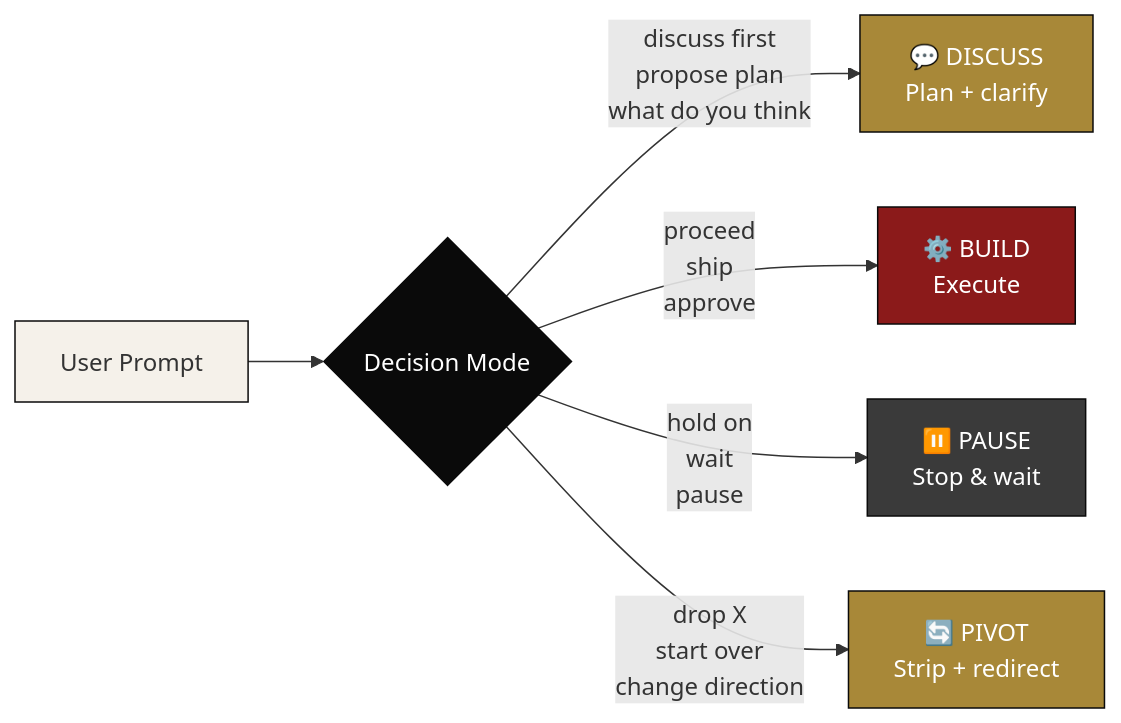
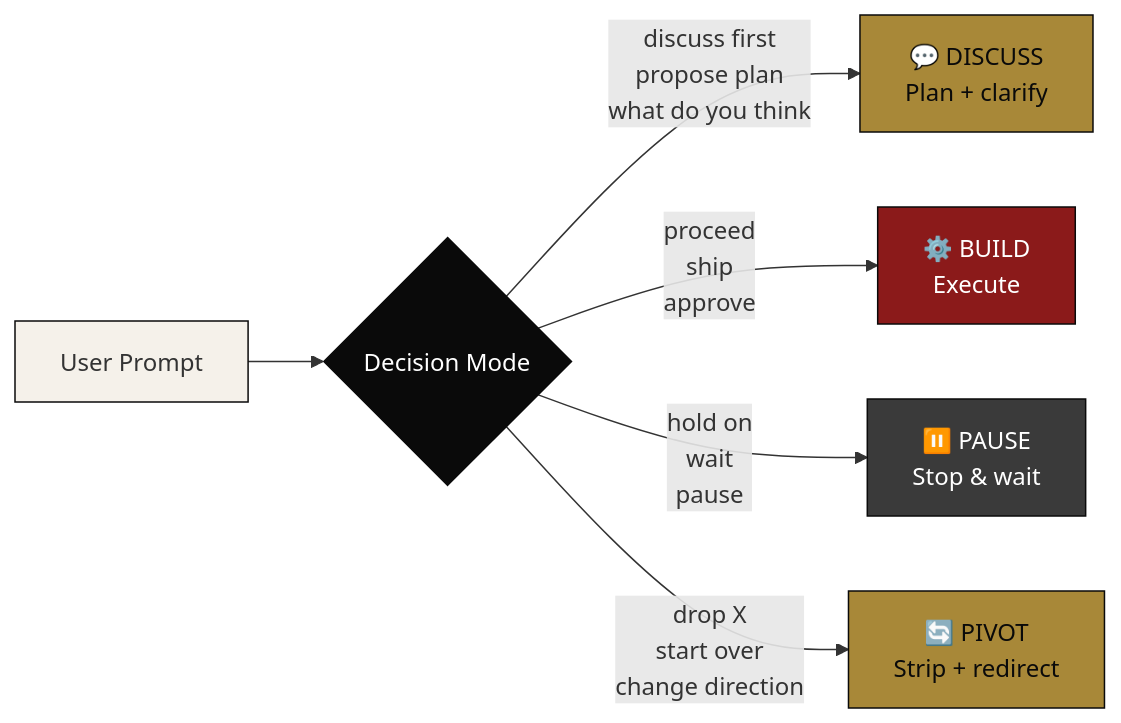
Before and after one commit to Ijam18/MAJI-Skills: the fourth of 6 diagrams in README.md, drawn with Mermaid. The commit also changed other lines of this file, not shown here.

````diff
--- a/README.md
+++ b/README.md
@@ -402,15 +402,15 @@
 ```mermaid
 flowchart LR
     P[User Prompt] --> M{Decision Mode}
     M -->|"discuss first<br/>propose plan<br/>what do you think"| D[💬 DISCUSS<br/>Plan + clarify]
     M -->|"proceed<br/>ship<br/>approve"| B[⚙️ BUILD<br/>Execute]
     M -->|"hold on<br/>wait<br/>pause"| P2[⏸️ PAUSE<br/>Stop & wait]
     M -->|"drop X<br/>start over<br/>change direction"| PV[🔄 PIVOT<br/>Strip + redirect]
 
     style P fill:#F5F1EA,stroke:#0A0A0A
     style M fill:#0A0A0A,stroke:#0A0A0A,color:#FFFFFF
-    style D fill:#A88838,stroke:#0A0A0A,color:#FFFFFF
+    style D fill:#A88838,stroke:#0A0A0A,color:#0A0A0A
     style B fill:#8B1A1A,stroke:#0A0A0A,color:#FFFFFF
     style P2 fill:#3A3A3A,stroke:#0A0A0A,color:#FFFFFF
-    style PV fill:#A88838,stroke:#0A0A0A,color:#FFFFFF
+    style PV fill:#A88838,stroke:#0A0A0A,color:#0A0A0A
 ```
````
